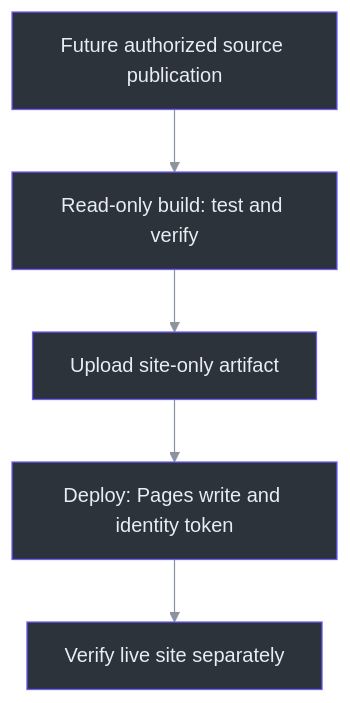
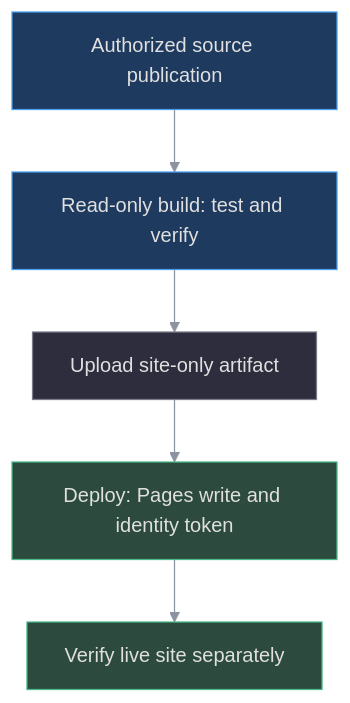
The diagram in docs/handbook/assets/diagrams/website-02.mmd (Zanark/phantom-fudge), drawn with Mermaid before and after one commit. The commit also changed 57 other files, not shown here.

```diff
--- a/docs/handbook/assets/diagrams/website-02.mmd
+++ b/docs/handbook/assets/diagrams/website-02.mmd
@@ -1,12 +1,15 @@
 ---
 config: {"theme":"base","themeVariables":{"primaryColor":"#2d333b","primaryBorderColor":"#6d5dfc","primaryTextColor":"#e6edf3","lineColor":"#8b949e","textColor":"#e6edf3"}}
 ---
 flowchart TB
-    accTitle: Pending GitHub Pages publication
-    accDescr: Publication remains pending; a future authorized source publication enables a read-only build of bundled media and a separate Pages-write deployment.
-    A["Future authorized source publication"] --> B["Read-only build: test and verify"]
+    accTitle: GitHub Pages publication boundary
+    accDescr: Authorized source publication enables a read-only build of bundled media and a separate Pages-write deployment; the deployed revision and live response are verified independently of native release assets.
+    A["Authorized source publication"] --> B["Read-only build: test and verify"]
     B --> C["Upload site-only artifact"]
     C --> D["Deploy: Pages write and identity token"]
     D --> E["Verify live site separately"]
-    classDef stage fill:#2d333b,stroke:#6d5dfc,color:#e6edf3
-    class A,B,C,D,E stage
+    style A fill:#1e3a5f,stroke:#4a9eed,color:#e0e0e0
+    style B fill:#1e3a5f,stroke:#4a9eed,color:#e0e0e0
+    style C fill:#2d2d3d,stroke:#7a7a8a,color:#e0e0e0
+    style D fill:#2d4a3e,stroke:#4aba8a,color:#e0e0e0
+    style E fill:#2d4a3e,stroke:#4aba8a,color:#e0e0e0
```
